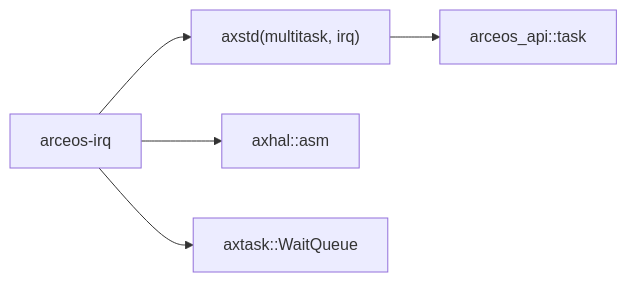
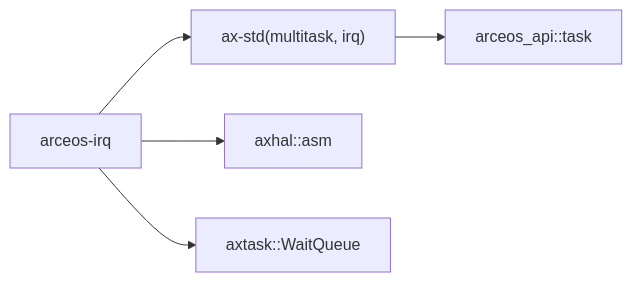
The second of 2 diagrams in docs/crates/arceos-irq.md (rcore-os/tgoskits), drawn with Mermaid before and after one commit. The commit also changed other lines of this file and 153 other files, not shown here.

Commit message:
rename axstd to ax-std

````diff
--- a/docs/crates/arceos-irq.md
+++ b/docs/crates/arceos-irq.md
@@ -88,7 +88,7 @@
 ```mermaid
 graph LR
-    test["arceos-irq"] --> axstd["axstd(multitask, irq)"]
+    test["arceos-irq"] --> ax-std["ax-std(multitask, irq)"]
     test --> axhal["axhal::asm"]
     test --> axtask["axtask::WaitQueue"]
-    axstd --> arceos_api["arceos_api::task"]
+    ax-std --> arceos_api["arceos_api::task"]
 ```
````
